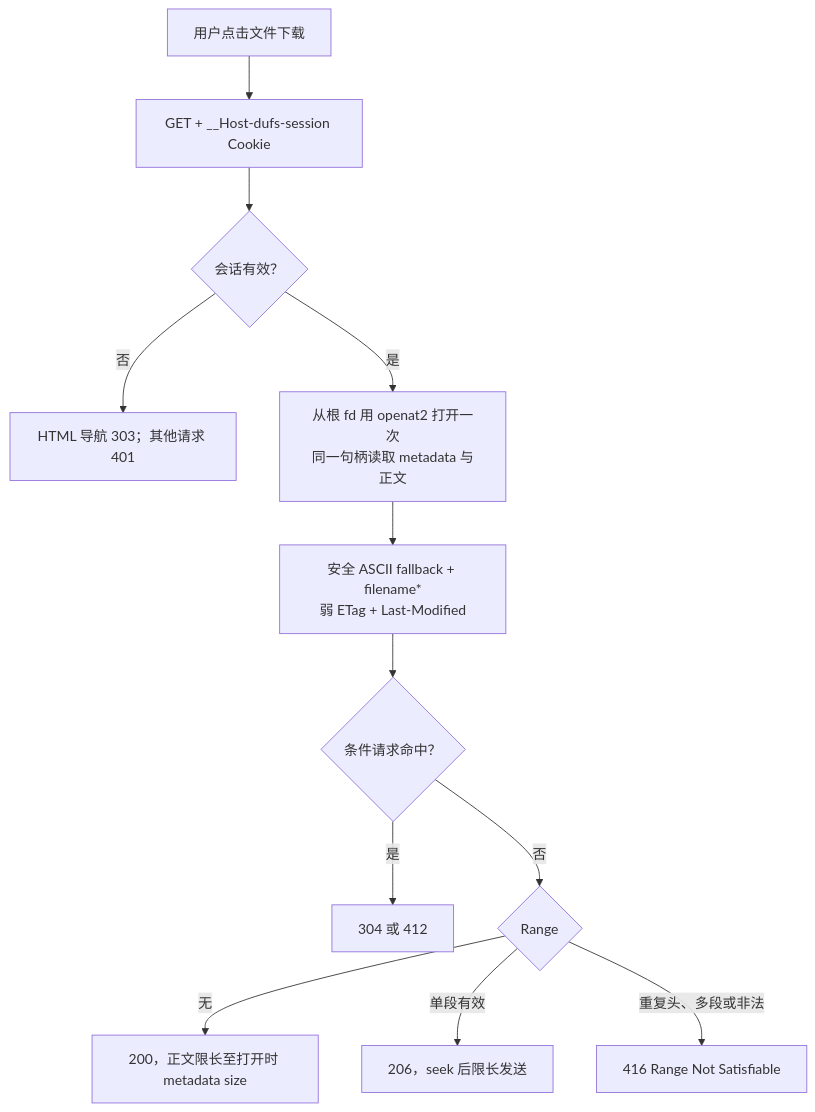
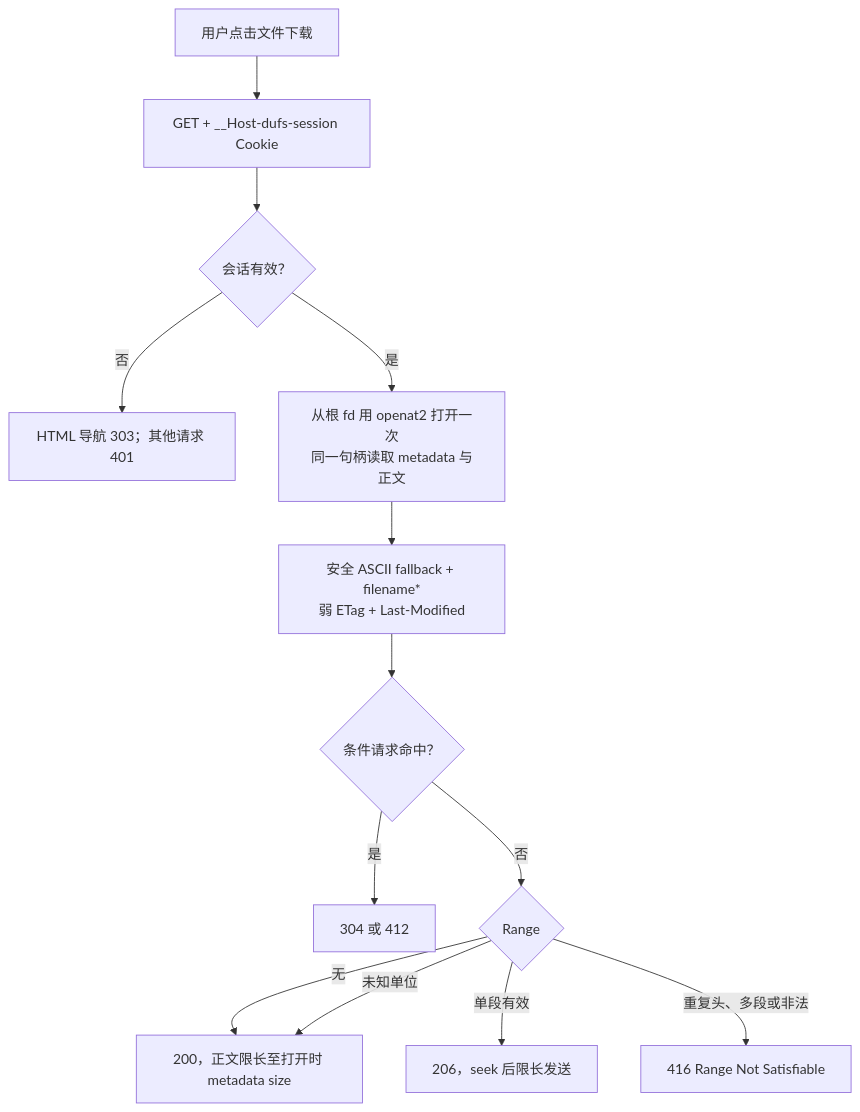
The tenth of 22 diagrams in docs/project-workflow.md (isarmg/dufs-ram), drawn with Mermaid before and after one commit. The commit also changed other lines of this file and 5 other files, not shown here.

````diff
--- a/docs/project-workflow.md
+++ b/docs/project-workflow.md
@@ -416,14 +416,15 @@
 ```mermaid
 flowchart TD
     CLICK["用户点击文件下载"] --> GET["GET + __Host-dufs-session Cookie"]
     GET --> SESSION{"会话有效？"}
     SESSION -- 否 --> UNAUTH["HTML 导航 303；其他请求 401"]
     SESSION -- 是 --> OPEN["从根 fd 用 openat2 打开一次<br/>同一句柄读取 metadata 与正文"]
     OPEN --> HEADER["安全 ASCII fallback + filename*<br/>弱 ETag + Last-Modified"]
     HEADER --> CACHE{"条件请求命中？"}
     CACHE -- 是 --> CONDITIONAL["304 或 412"]
     CACHE -- 否 --> RANGE{"Range"}
     RANGE -- 无 --> FULL["200，正文限长至打开时 metadata size"]
+    RANGE -- 未知单位 --> FULL
     RANGE -- 单段有效 --> SINGLE["206，seek 后限长发送"]
     RANGE -- 重复头、多段或非法 --> BAD["416 Range Not Satisfiable"]
 ```
````
